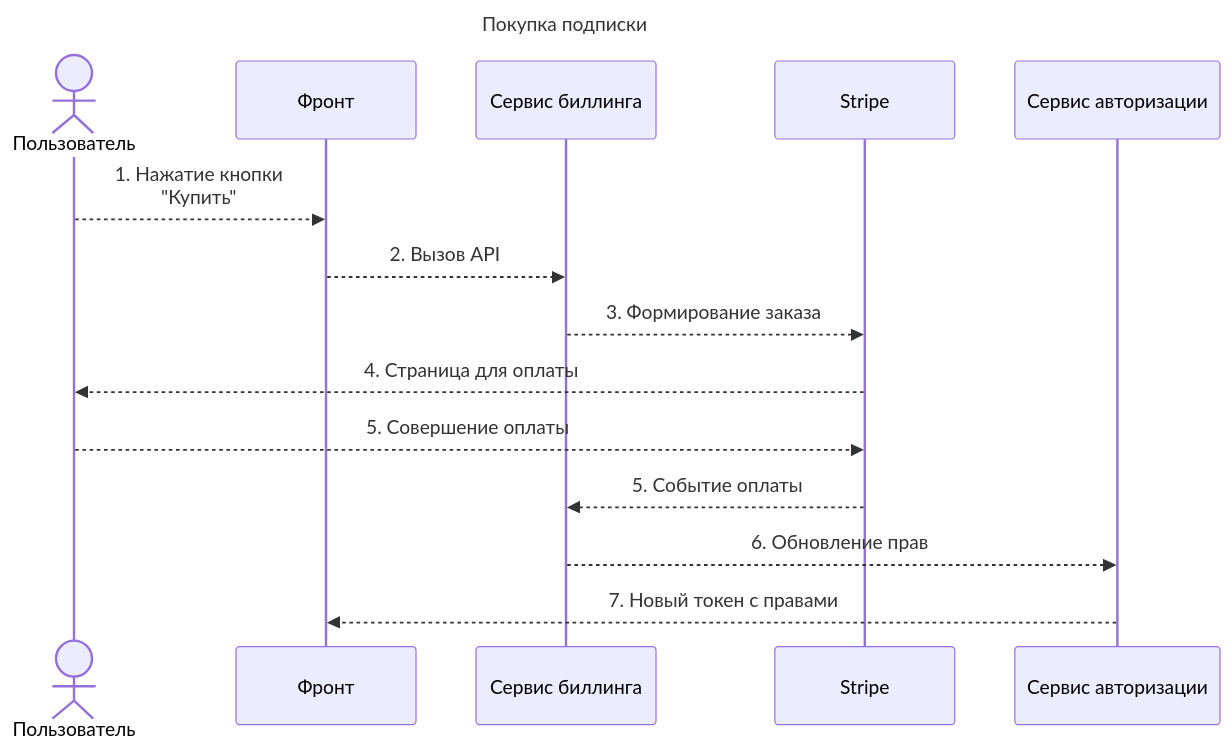
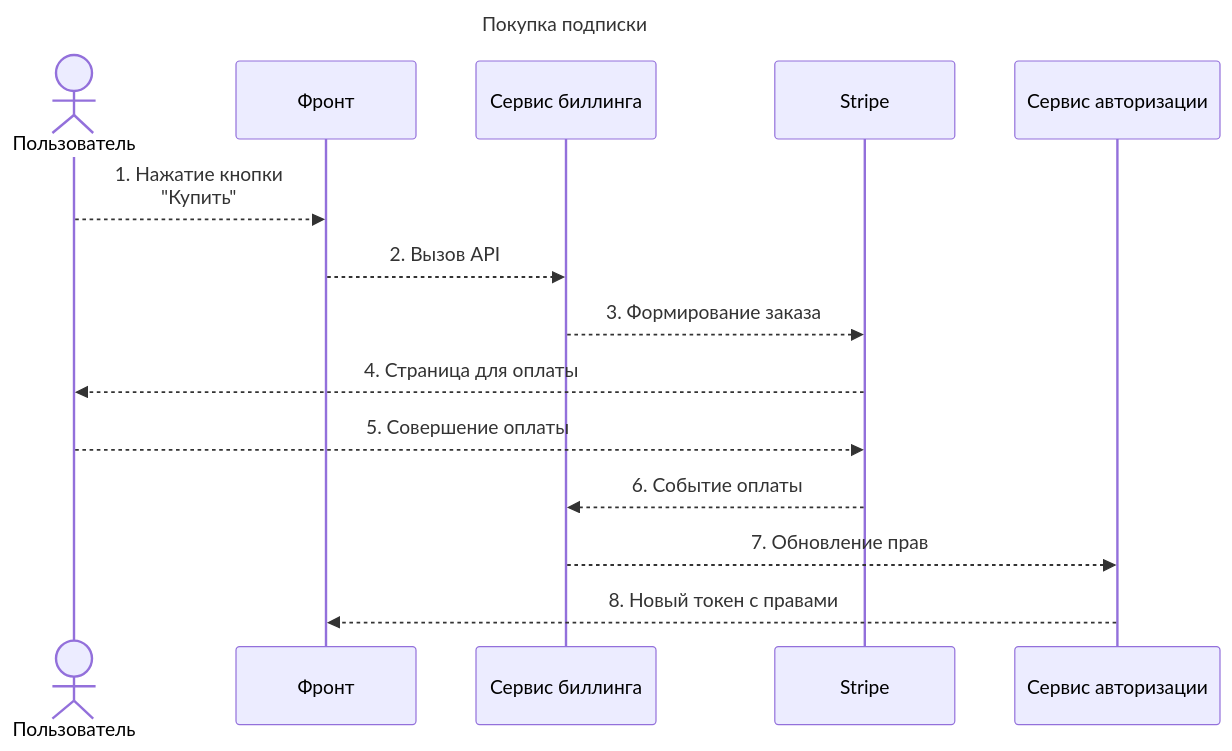
One commit to mikhail349/graduate_work changed the first of 2 diagrams in docs/sequence.md. Above: the diagram before and after it, drawn with Mermaid. The commit also changed other lines of this file, not shown here.

````diff
--- a/docs/sequence.md
+++ b/docs/sequence.md
@@ -1,20 +1,20 @@
 ```mermaid
 ---
 title: Покупка подписки
 ---
 sequenceDiagram
     actor Client as Пользователь
     participant UI as Фронт
     participant Billing as Сервис биллинга
     participant Stripe
     participant Auth as Сервис авторизации
 
     Client -->> UI: 1. Нажатие кнопки<br/>"Купить"
     UI -->> Billing: 2. Вызов API
     Billing -->> Stripe: 3. Формирование заказа
     Stripe -->> Client: 4. Страница для оплаты
     Client -->> Stripe: 5. Совершение оплаты
-    Stripe -->> Billing: 5. Событие оплаты
-    Billing -->> Auth: 6. Обновление прав
-    Auth -->> UI: 7. Новый токен с правами
+    Stripe -->> Billing: 6. Событие оплаты
+    Billing -->> Auth: 7. Обновление прав
+    Auth -->> UI: 8. Новый токен с правами
 ```
````
